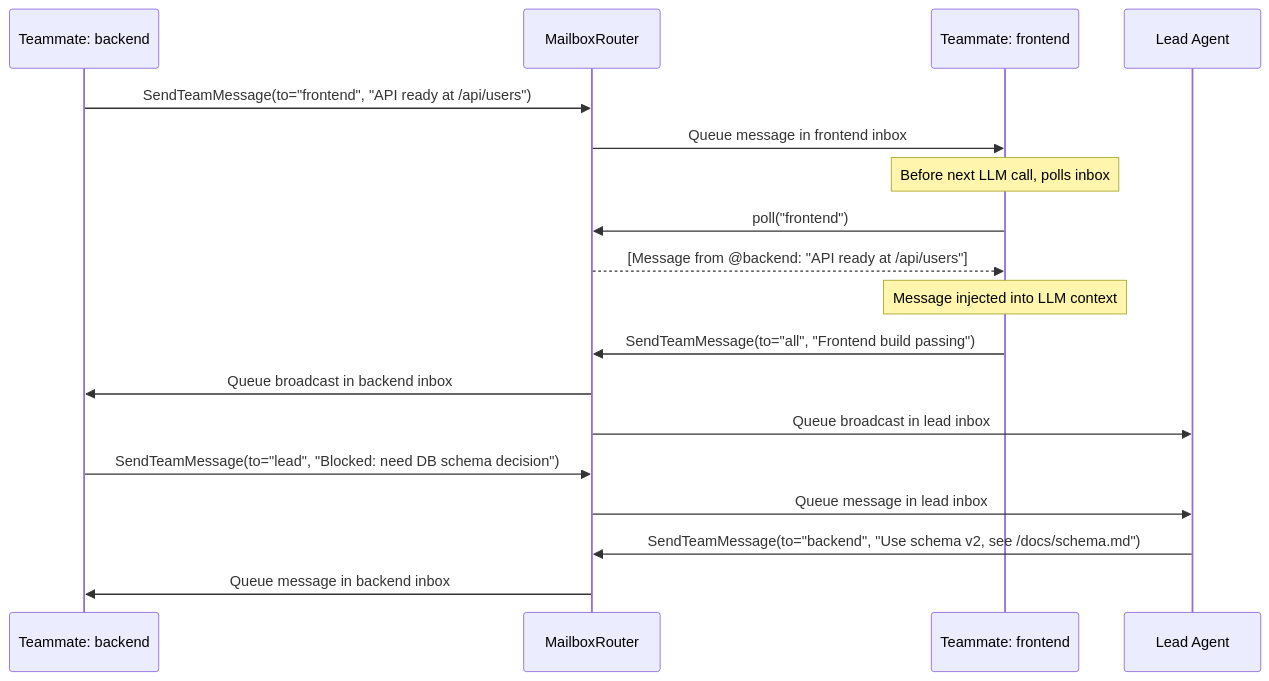
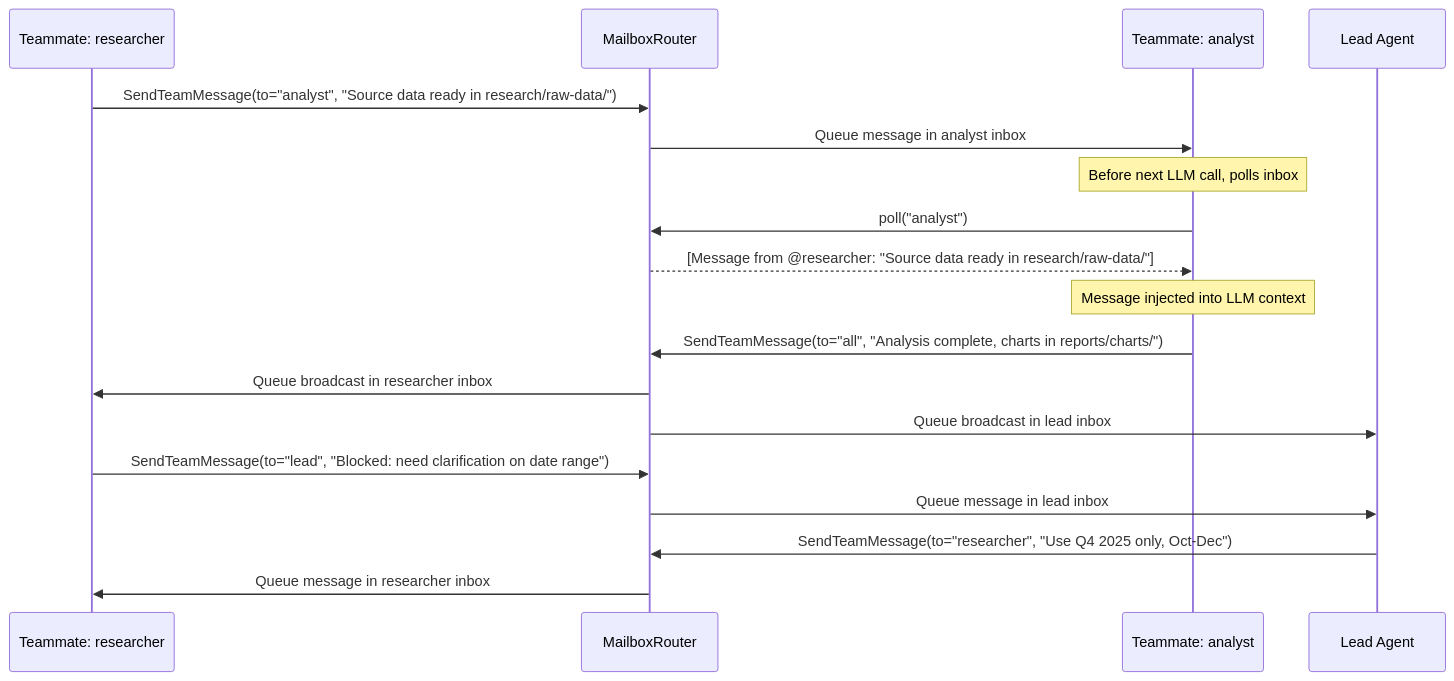
One commit to suman724/cowork-infra changed the sixth of 9 diagrams in docs/components/agent-teams.md. Above: the diagram before and after it, drawn with Mermaid. The commit also changed other lines of this file, not shown here.

````diff
--- a/docs/components/agent-teams.md
+++ b/docs/components/agent-teams.md
@@ -624,24 +624,24 @@
 ```mermaid
 sequenceDiagram
-    participant A as Teammate: backend
+    participant A as Teammate: researcher
     participant MB as MailboxRouter
-    participant B as Teammate: frontend
+    participant B as Teammate: analyst
     participant Lead as Lead Agent
 
-    A->>MB: SendTeamMessage(to="frontend", "API ready at /api/users")
-    MB->>B: Queue message in frontend inbox
+    A->>MB: SendTeamMessage(to="analyst", "Source data ready in research/raw-data/")
+    MB->>B: Queue message in analyst inbox
 
     Note over B: Before next LLM call, polls inbox
-    B->>MB: poll("frontend")
-    MB-->>B: [Message from @backend: "API ready at /api/users"]
+    B->>MB: poll("analyst")
+    MB-->>B: [Message from @researcher: "Source data ready in research/raw-data/"]
     Note over B: Message injected into LLM context
 
-    B->>MB: SendTeamMessage(to="all", "Frontend build passing")
-    MB->>A: Queue broadcast in backend inbox
+    B->>MB: SendTeamMessage(to="all", "Analysis complete, charts in reports/charts/")
+    MB->>A: Queue broadcast in researcher inbox
     MB->>Lead: Queue broadcast in lead inbox
 
-    A->>MB: SendTeamMessage(to="lead", "Blocked: need DB schema decision")
+    A->>MB: SendTeamMessage(to="lead", "Blocked: need clarification on date range")
     MB->>Lead: Queue message in lead inbox
-    Lead->>MB: SendTeamMessage(to="backend", "Use schema v2, see /docs/schema.md")
-    MB->>A: Queue message in backend inbox
+    Lead->>MB: SendTeamMessage(to="researcher", "Use Q4 2025 only, Oct-Dec")
+    MB->>A: Queue message in researcher inbox
 ```
````
